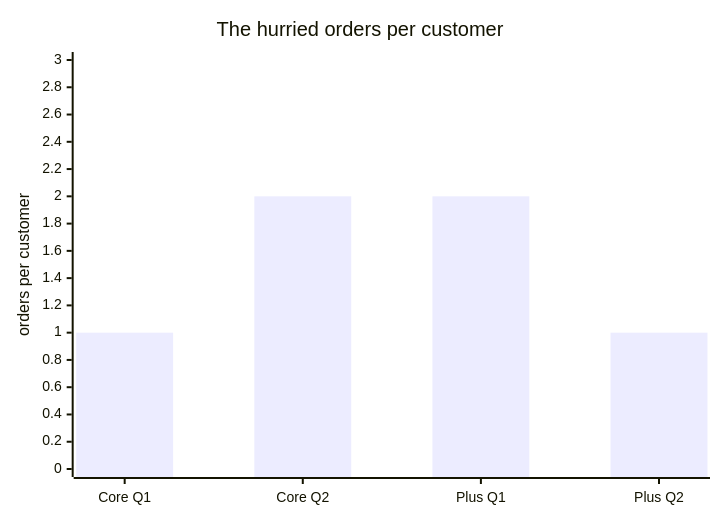
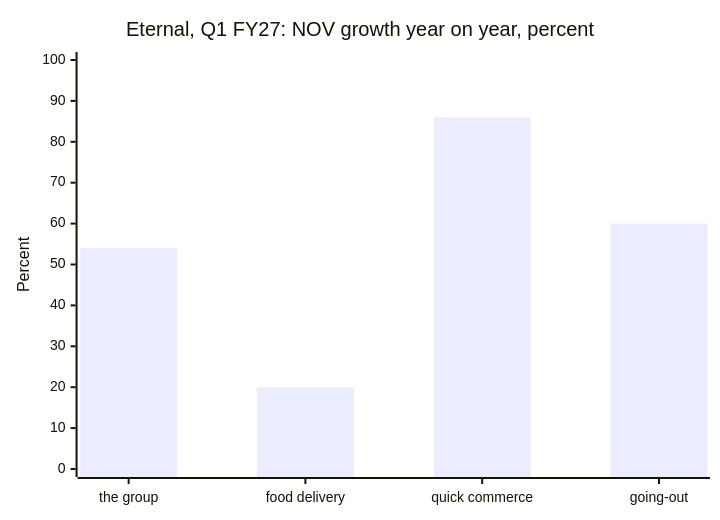
Diagram 13 of 22 in content/W02/D1/slides/C2_W02_D01_half1_STUDENT.md (fde-academy-lab/c2-content-factory), drawn with Mermaid before and after one commit. The commit also changed other lines of this file and 3 other files, not shown here.

````diff
--- a/content/W02/D1/slides/C2_W02_D01_half1_STUDENT.md
+++ b/content/W02/D1/slides/C2_W02_D01_half1_STUDENT.md
@@ -609,7 +856,7 @@
 ```mermaid
 xychart-beta
-    title "The hurried orders per customer"
-    x-axis ["Core Q1", "Core Q2", "Plus Q1", "Plus Q2"]
-    y-axis "orders per customer" 0 --> 3
-    bar [1, 2, 2, 1]
+    title "Eternal, Q1 FY27: NOV growth year on year, percent"
+    x-axis ["the group", "food delivery", "quick commerce", "going-out"]
+    y-axis "Percent" 0 --> 100
+    bar [54, 20, 86, 60]
 ```
````
